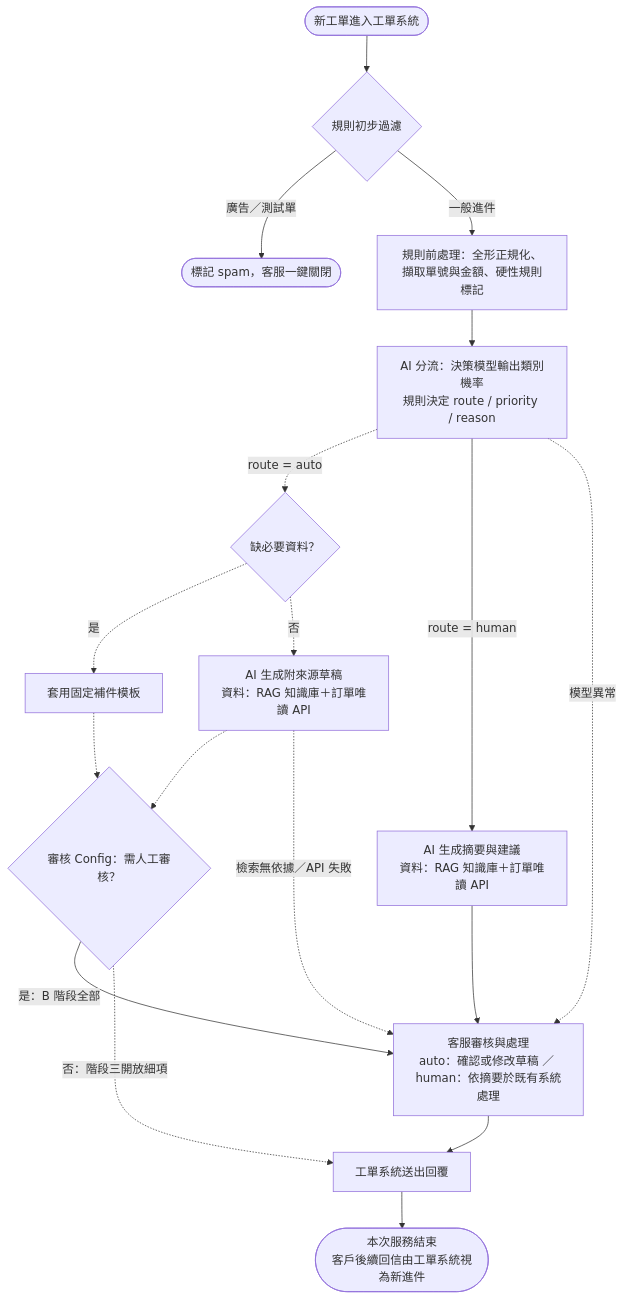
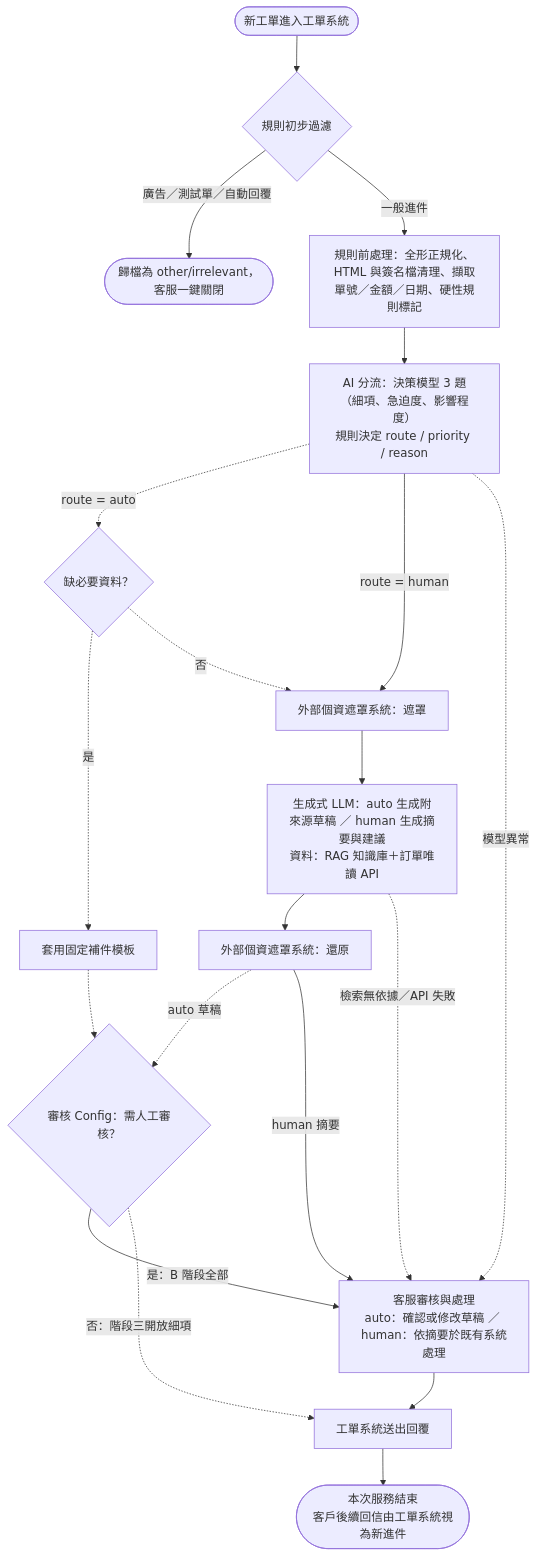
The diagram in answer-v0-gemini.md (tarohuang1999-droid/ai-customer-service-assessment), drawn with Mermaid before and after one commit. The commit also changed other lines of this file, not shown here.

First line of the commit message:
docs(answer): sync Q2-Q5 with taxonomy v2, masking flow and metric fixes

````diff
--- a/answer-v0-gemini.md
+++ b/answer-v0-gemini.md
@@ -183,24 +186,26 @@
 ```mermaid
 flowchart TD
     Start([新工單進入工單系統]) --> Filter{規則初步過濾}
-    Filter -->|廣告／測試單| Spam([標記 spam，客服一鍵關閉])
-    Filter -->|一般進件| Prep[規則前處理：全形正規化、擷取單號與金額、硬性規則標記]
-    Prep --> Triage[AI 分流：決策模型輸出類別機率<br>規則決定 route / priority / reason]
+    Filter -->|廣告／測試單／自動回覆| Spam([歸檔為 other/irrelevant，客服一鍵關閉])
+    Filter -->|一般進件| Prep[規則前處理：全形正規化、HTML 與簽名檔清理、擷取單號／金額／日期、硬性規則標記]
+    Prep --> Triage[AI 分流：決策模型 3 題（細項、急迫度、影響程度）<br>規則決定 route / priority / reason]
 
     Triage -.->|route = auto| Missing{缺必要資料？}
-    Triage -->|route = human| Summary[AI 生成摘要與建議<br>資料：RAG 知識庫＋訂單唯讀 API]
+    Triage -->|route = human| Mask
     Missing -.->|是| Tpl[套用固定補件模板]
-    Missing -.->|否| Draft[AI 生成附來源草稿<br>資料：RAG 知識庫＋訂單唯讀 API]
+    Missing -.->|否| Mask[外部個資遮罩系統：遮罩]
+    Mask --> Gen[生成式 LLM：auto 生成附來源草稿 ／ human 生成摘要與建議<br>資料：RAG 知識庫＋訂單唯讀 API]
+    Gen --> Unmask[外部個資遮罩系統：還原]
 
     Tpl -.-> Review{審核 Config：需人工審核？}
-    Draft -.-> Review
+    Unmask -.->|auto 草稿| Review
 
     Review -->|是：B 階段全部| CS[客服審核與處理<br>auto：確認或修改草稿 ／ human：依摘要於既有系統處理]
-    Summary --> CS
+    Unmask -->|human 摘要| CS
     Triage -. 模型異常 .-> CS
-    Draft -. 檢索無依據／API 失敗 .-> CS
+    Gen -. 檢索無依據／API 失敗 .-> CS
 
     Review -.->|否：階段三開放細項| Send[工單系統送出回覆]
     CS --> Send
     Send --> Done([本次服務結束<br>客戶後續回信由工單系統視為新進件])
 ```
````
